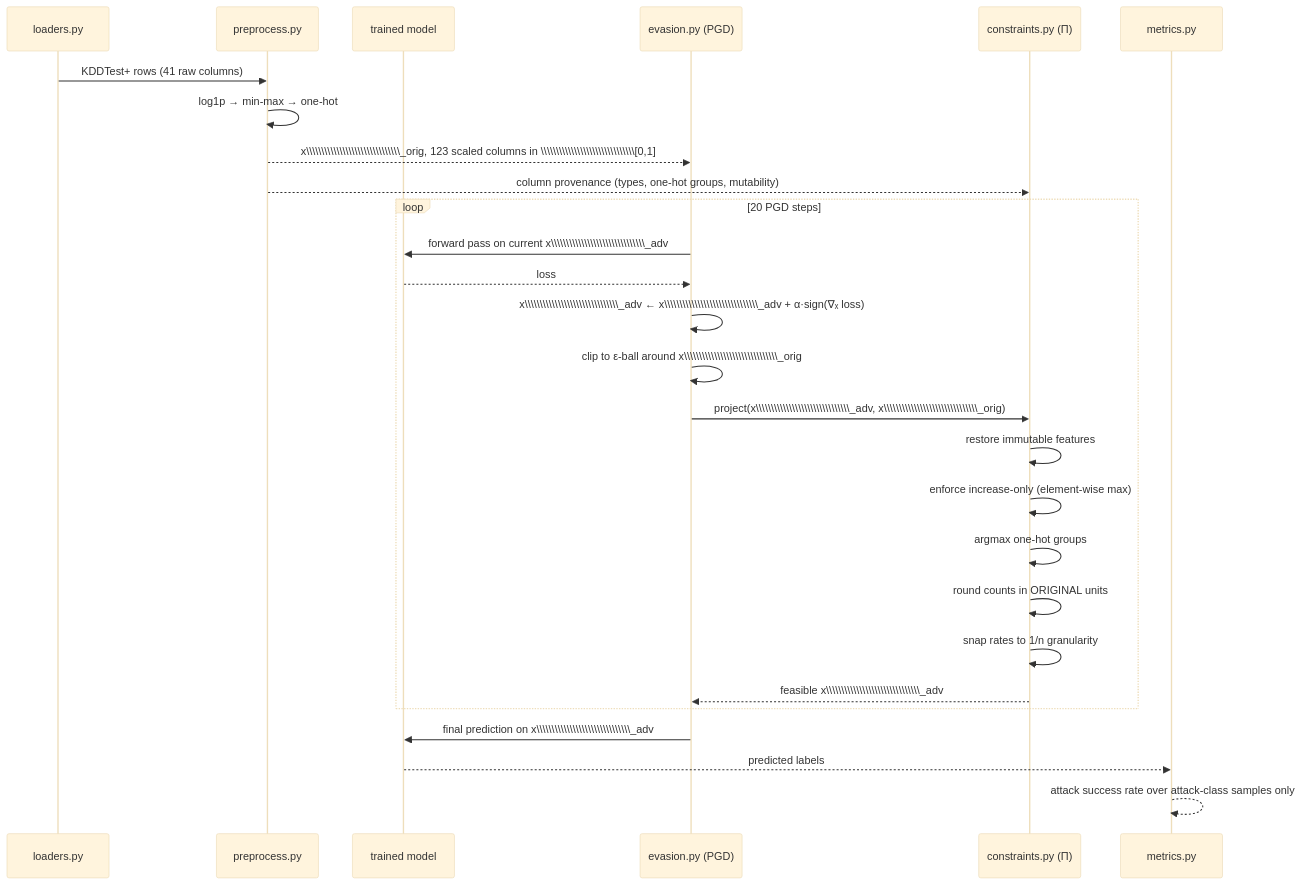
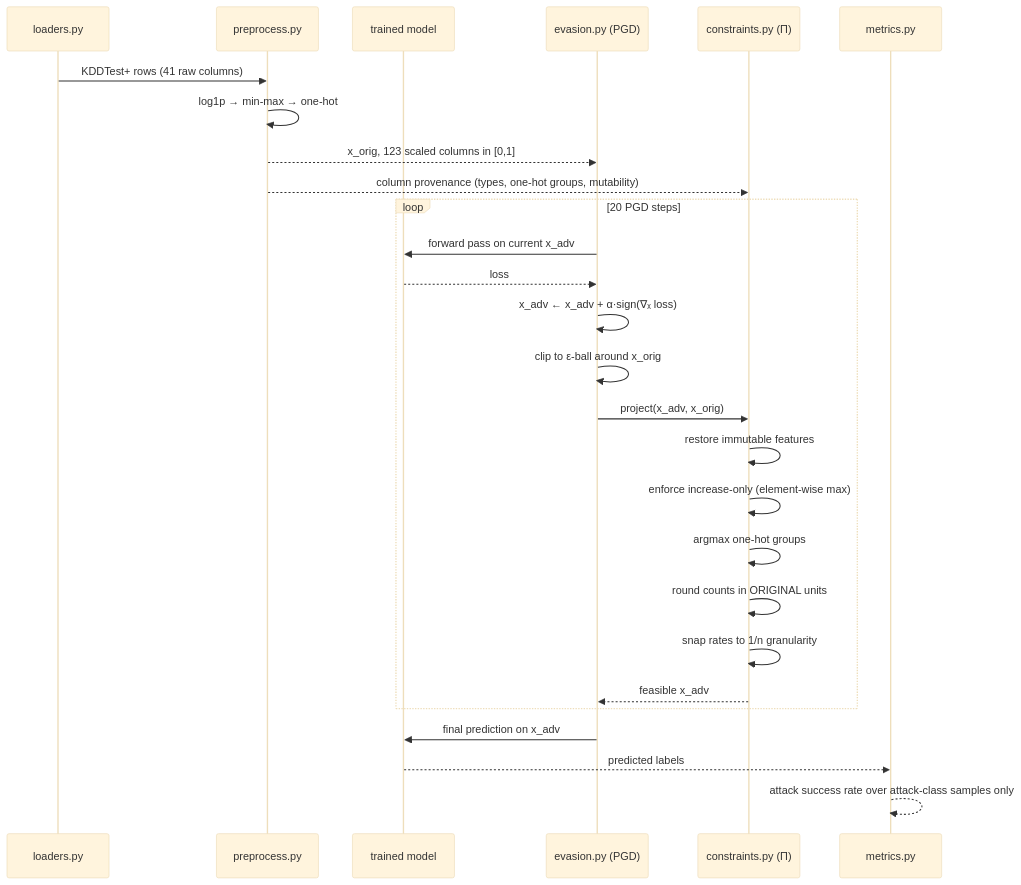
Before and after one commit to GargeeTripathi/nids-adversarial-robustness: the second of 3 diagrams in PROJECT_DOCUMENTATION.md, drawn with Mermaid (base theme). The commit also changed other lines of this file and 1 other file, not shown here.

Commit message:
docs: restore readable project documentation artifact

````diff
--- a/PROJECT_DOCUMENTATION.md
+++ b/PROJECT_DOCUMENTATION.md
@@ -281,32 +281,32 @@
 ```mermaid
 sequenceDiagram
     participant D as loaders.py
     participant P as preprocess.py
     participant M as trained model
     participant A as evasion.py (PGD)
     participant C as constraints.py (Π)
     participant E as metrics.py
 
     D->>P: KDDTest+ rows (41 raw columns)
     P->>P: log1p → min-max → one-hot
-    P-->>A: x\\\\\\\\\\\\\\\\\\\\\\\\\\\\\\\_orig, 123 scaled columns in \\\\\\\\\\\\\\\\\\\\\\\\\\\\\\\[0,1]
+    P-->>A: x_orig, 123 scaled columns in [0,1]
     P-->>C: column provenance (types, one-hot groups, mutability)
 
     loop 20 PGD steps
-        A->>M: forward pass on current x\\\\\\\\\\\\\\\\\\\\\\\\\\\\\\\_adv
+        A->>M: forward pass on current x_adv
         M-->>A: loss
-        A->>A: x\\\\\\\\\\\\\\\\\\\\\\\\\\\\\\\_adv ← x\\\\\\\\\\\\\\\\\\\\\\\\\\\\\\\_adv + α·sign(∇ₓ loss)
-        A->>A: clip to ε-ball around x\\\\\\\\\\\\\\\\\\\\\\\\\\\\\\\_orig
-        A->>C: project(x\\\\\\\\\\\\\\\\\\\\\\\\\\\\\\\_adv, x\\\\\\\\\\\\\\\\\\\\\\\\\\\\\\\_orig)
+        A->>A: x_adv ← x_adv + α·sign(∇ₓ loss)
+        A->>A: clip to ε-ball around x_orig
+        A->>C: project(x_adv, x_orig)
         C->>C: restore immutable features
         C->>C: enforce increase-only (element-wise max)
         C->>C: argmax one-hot groups
         C->>C: round counts in ORIGINAL units
         C->>C: snap rates to 1/n granularity
-        C-->>A: feasible x\\\\\\\\\\\\\\\\\\\\\\\\\\\\\\\_adv
+        C-->>A: feasible x_adv
     end
 
-    A->>M: final prediction on x\\\\\\\\\\\\\\\\\\\\\\\\\\\\\\\_adv
+    A->>M: final prediction on x_adv
     M-->>E: predicted labels
     E-->>E: attack success rate over attack-class samples only
 ```
````
